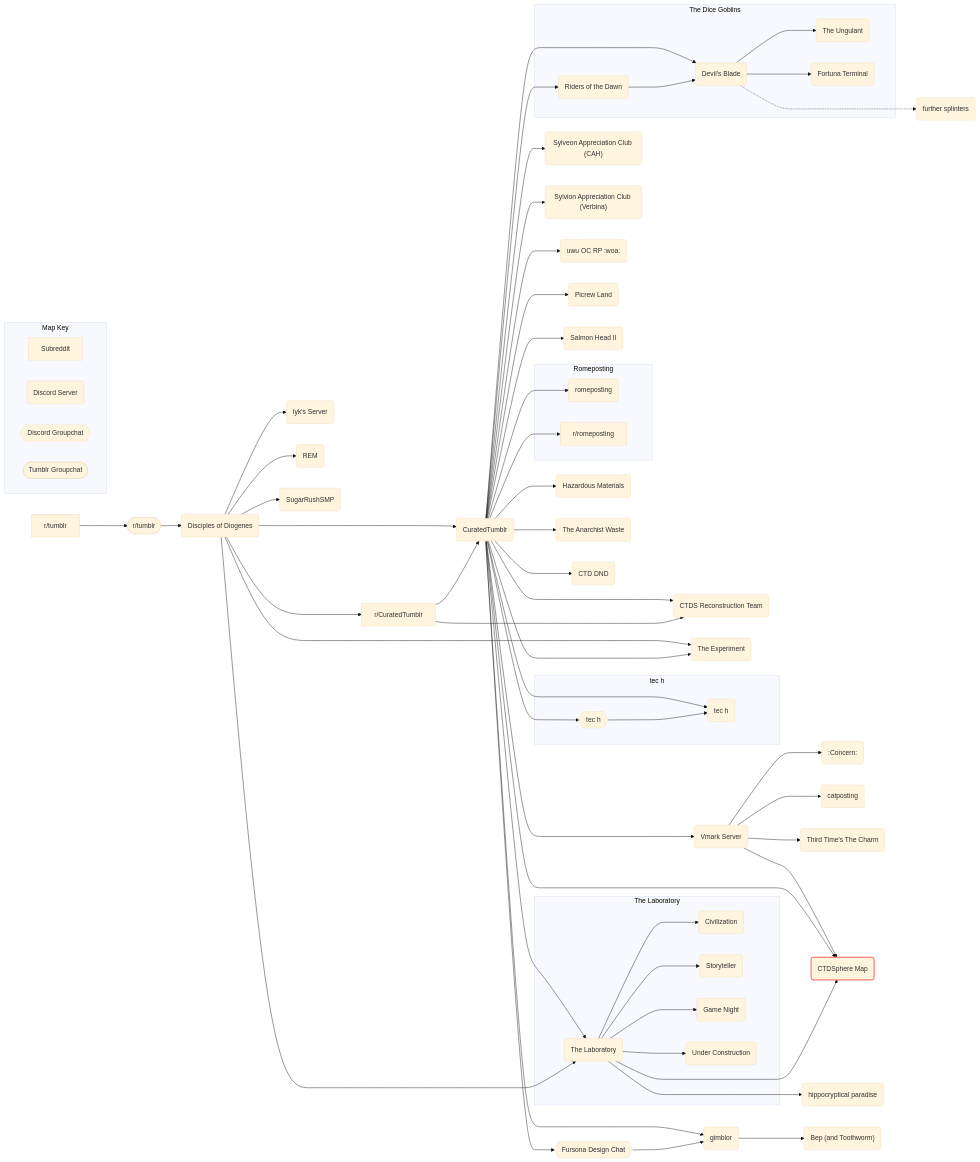
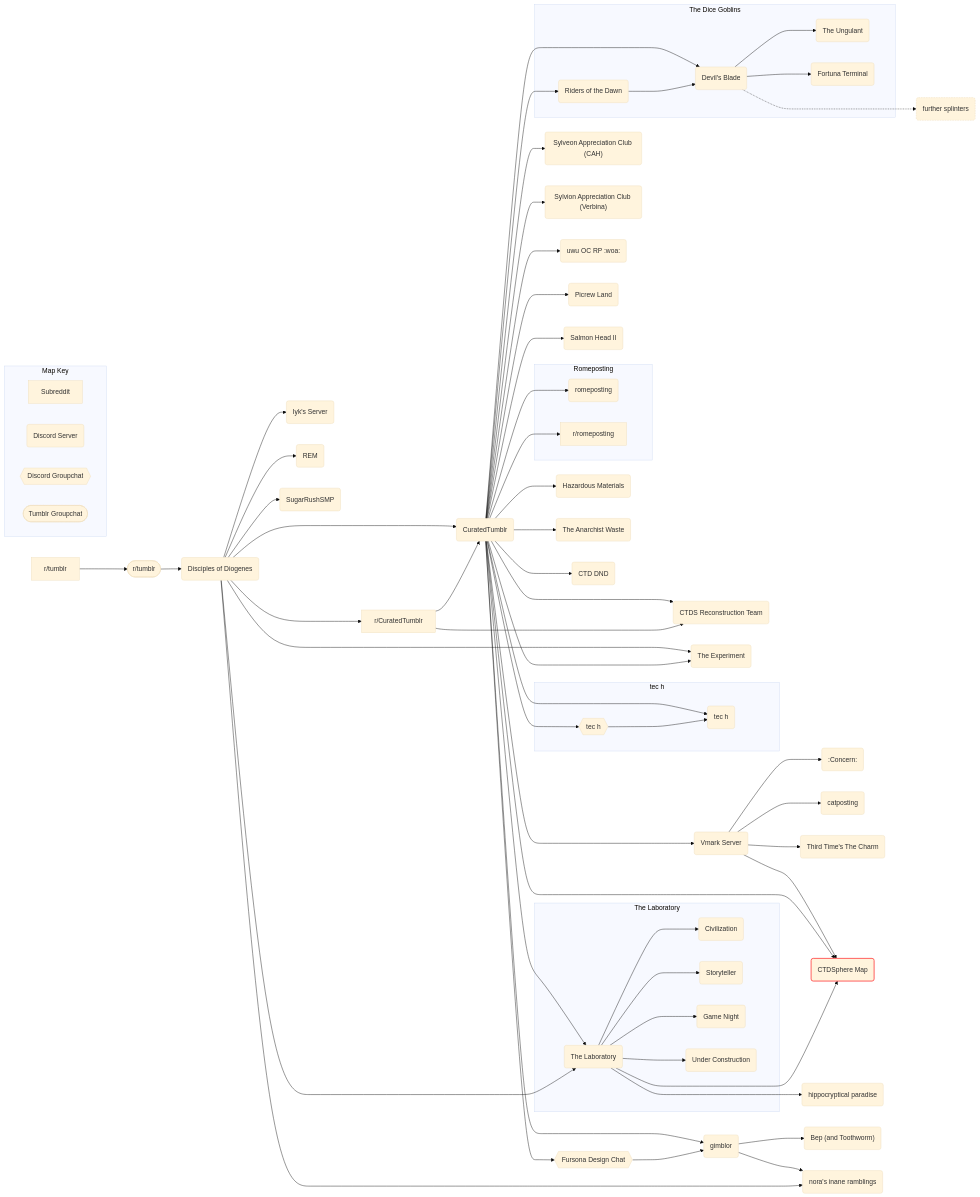
The diagram in Map.md (AnGenericAccount/CTDSphere-Map), drawn with Mermaid (base theme) before and after one commit.

````diff
--- a/Map.md
+++ b/Map.md
@@ -1,71 +1,73 @@
 ```mermaid
 flowchart LR
     tumblr[r/tumblr]-->groupchat([r/tumblr])
     groupchat-->DoD(Disciples of Diogenes)
     DoD--->subreddit[r/CuratedTumblr]
     DoD-->CTDS(CuratedTumblr)
     subreddit-->CTDS
     DoD-->Iyk(Iyk's Server)
     DoD-->REM(REM)
     DoD-->Sugar(SugarRushSMP)
     CTDS--->reconstruction(CTDS Reconstruction Team)
     subreddit-->reconstruction
     CTDS-->lab(The Laboratory)
     DoD-->lab
     subgraph Laboratory [The Laboratory]
         lab-->Civilization(Civilization)
         lab-->Storyteller(Storyteller)
         lab-->Game(Game Night)
         lab-->Construction(Under Construction)
     end
     DoD-->Experiment(The Experiment)
     CTDS--->Experiment
     CTDS-->CAH("Sylveon Appreciation Club (CAH)")
     CTDS-->Verbina("Sylvion Appreciation Club (Verbina)")
     CTDS-->tech(tec h)
     CTDS-->techchat{{tec h}}
     subgraph tec[tec h]
         techchat-->tech
     end
     CTDS-->RP(uwu OC RP :woa:)
     CTDS-->picrew(Picrew Land)
     CTDS-->salmon(Salmon Head II)
     CTDS-->Vmark(Vmark Server)
     Vmark-->concern(:Concern:)
     Vmark-->catposting(catposting)
     Vmark-->fate(Third Time's The Charm)
     Vmark-->sphere("CTDSphere Map")
     style sphere stroke:#f44,stroke-width:2px
     CTDS-->sphere
     lab--->sphere
     lab--->hippo(hippocryptical paradise)
     CTDS-->gimblor(gimblor)
     CTDS-->fursona{{Fursona Design Chat}}
     fursona-->gimblor
     gimblor-->bep("Bep (and Toothworm)")
+    gimblor-->nora(nora's inane ramblings)
+    DoD-->nora
     subgraph Romeposting
         rome(romeposting)
         romesub[r/romeposting]
     end
     CTDS-->rome
     CTDS-->romesub
     CTDS-->hazard(Hazardous Materials)
     CTDS-->anarchist(The Anarchist Waste)
     CTDS-->DND(CTD DND)
     CTDS-->dawn(Riders of the Dawn)
     CTDS-->blade(Devil's Blade)
     subgraph riders[The Dice Goblins]
         dawn-->blade
         blade-->ungulant(The Ungulant)
         blade-->terminal(Fortuna Terminal)   
     end
     blade-..->further(further splinters)
     style further stroke-dasharray:4 2
     subgraph Key [Map Key]
         direction LR
         sub[Subreddit]
         discord(Discord Server)
         chat{{Discord Groupchat}}
         group([Tumblr Groupchat])
     end
 ```
````
